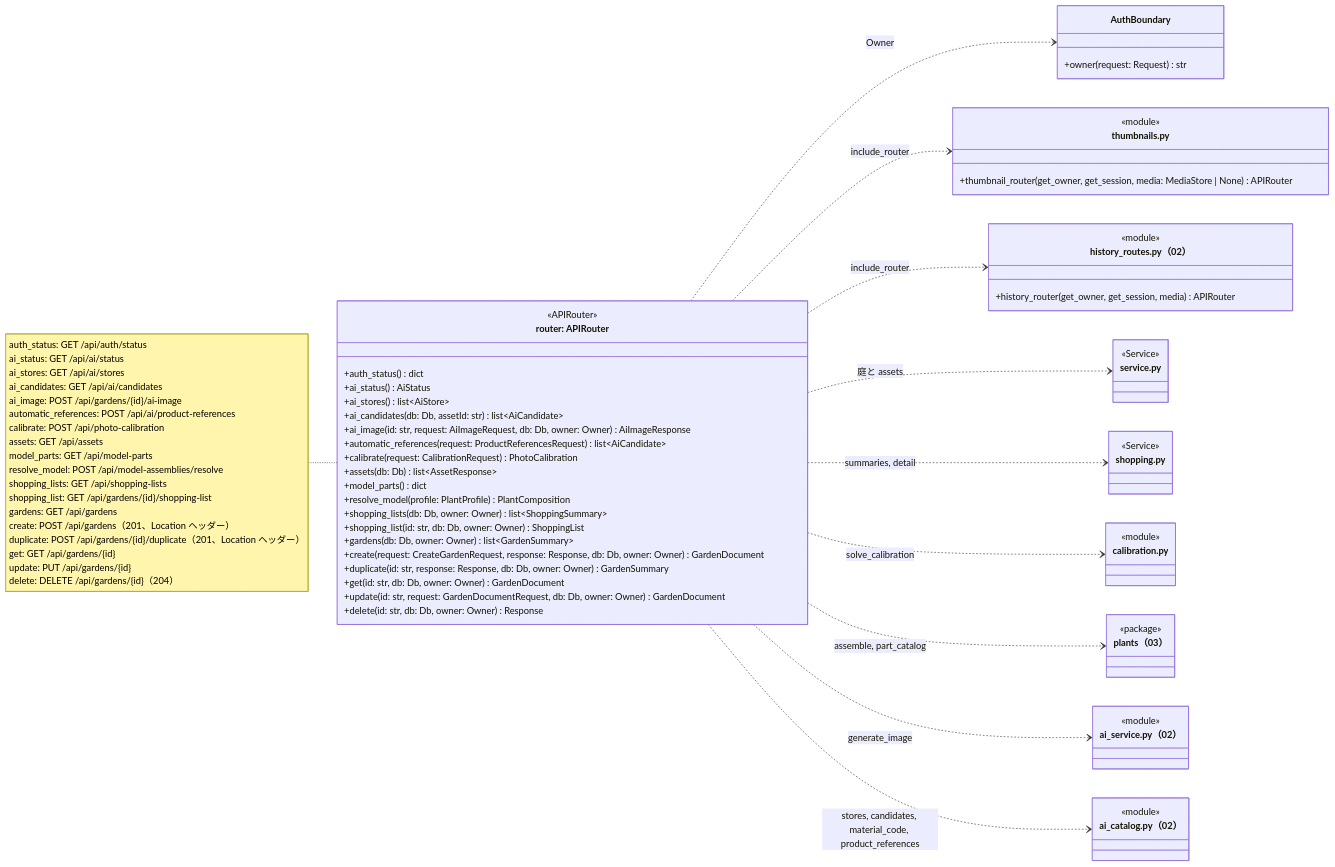
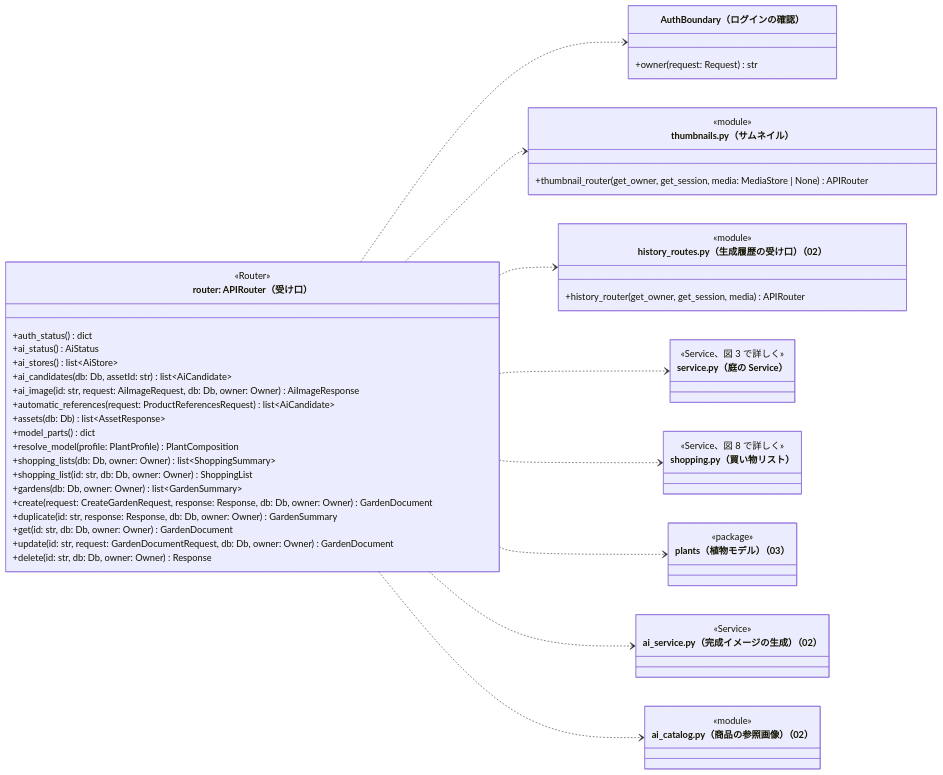
Before and after one commit to abeouga/kusakari-document: the second of 11 diagrams in クラス図/kusakari-canvas/01_APIとデータの層.md, drawn with Mermaid. The commit also changed other lines of this file and 40 other files, not shown here.

Commit message:
Canvas のクラス図に全体図を足し、詳細図をデータとモジュールの図に分けて書き直す

````diff
--- a/クラス図/kusakari-canvas/01_APIとデータの層.md
+++ b/クラス図/kusakari-canvas/01_APIとデータの層.md
@@ -218,65 +181,59 @@
 ```mermaid
 classDiagram
     direction LR
-    class router["router: APIRouter"] {
-        <<APIRouter>>
+    class router["router: APIRouter（受け口）"] {
+        <<Router>>
         +auth_status() dict
         +ai_status() AiStatus
         +ai_stores() list~AiStore~
         +ai_candidates(db: Db, assetId: str) list~AiCandidate~
         +ai_image(id: str, request: AiImageRequest, db: Db, owner: Owner) AiImageResponse
         +automatic_references(request: ProductReferencesRequest) list~AiCandidate~
-        +calibrate(request: CalibrationRequest) PhotoCalibration
         +assets(db: Db) list~AssetResponse~
         +model_parts() dict
         +resolve_model(profile: PlantProfile) PlantComposition
         +shopping_lists(db: Db, owner: Owner) list~ShoppingSummary~
         +shopping_list(id: str, db: Db, owner: Owner) ShoppingList
         +gardens(db: Db, owner: Owner) list~GardenSummary~
         +create(request: CreateGardenRequest, response: Response, db: Db, owner: Owner) GardenDocument
         +duplicate(id: str, response: Response, db: Db, owner: Owner) GardenSummary
         +get(id: str, db: Db, owner: Owner) GardenDocument
         +update(id: str, request: GardenDocumentRequest, db: Db, owner: Owner) GardenDocument
         +delete(id: str, db: Db, owner: Owner) Response
     }
-    note for router "auth_status: GET /api/auth/status<br/>ai_status: GET /api/ai/status<br/>ai_stores: GET /api/ai/stores<br/>ai_candidates: GET /api/ai/candidates<br/>ai_image: POST /api/gardens/{id}/ai-image<br/>automatic_references: POST /api/ai/product-references<br/>calibrate: POST /api/photo-calibration<br/>assets: GET /api/assets<br/>model_parts: GET /api/model-parts<br/>resolve_model: POST /api/model-assemblies/resolve<br/>shopping_lists: GET /api/shopping-lists<br/>shopping_list: GET /api/gardens/{id}/shopping-list<br/>gardens: GET /api/gardens<br/>create: POST /api/gardens（201、Location ヘッダー）<br/>duplicate: POST /api/gardens/{id}/duplicate（201、Location ヘッダー）<br/>get: GET /api/gardens/{id}<br/>update: PUT /api/gardens/{id}<br/>delete: DELETE /api/gardens/{id}（204）"
-    class AuthBoundary {
+    class AuthBoundary["AuthBoundary（ログインの確認）"] {
         +owner(request: Request) str
     }
-    class service_py["service.py"] {
-        <<Service>>
+    class service_py["service.py（庭の Service）"] {
+        <<Service、図 3 で詳しく>>
     }
-    class shopping_py["shopping.py"] {
-        <<Service>>
+    class shopping_py["shopping.py（買い物リスト）"] {
+        <<Service、図 8 で詳しく>>
     }
-    class calibration_py["calibration.py"] {
-        <<module>>
-    }
-    class thumbnails_py["thumbnails.py"] {
+    class thumbnails_py["thumbnails.py（サムネイル）"] {
         <<module>>
         +thumbnail_router(get_owner, get_session, media: MediaStore | None) APIRouter
     }
-    class history_routes_py["history_routes.py（02）"] {
+    class history_routes_py["history_routes.py（生成履歴の受け口）（02）"] {
         <<module>>
         +history_router(get_owner, get_session, media) APIRouter
     }
-    class ai_service_py["ai_service.py（02）"] {
+    class ai_service_py["ai_service.py（完成イメージの生成）（02）"] {
+        <<Service>>
+    }
+    class ai_catalog_py["ai_catalog.py（商品の参照画像）（02）"] {
         <<module>>
     }
-    class ai_catalog_py["ai_catalog.py（02）"] {
-        <<module>>
-    }
-    class plants_pkg["plants（03）"] {
+    class plants_pkg["plants（植物モデル）（03）"] {
         <<package>>
     }
 
-    router ..> AuthBoundary : Owner
-    router ..> thumbnails_py : include_router
-    router ..> history_routes_py : include_router
-    router ..> service_py : 庭と assets
-    router ..> shopping_py : summaries, detail
-    router ..> calibration_py : solve_calibration
-    router ..> plants_pkg : assemble, part_catalog
-    router ..> ai_service_py : generate_image
-    router ..> ai_catalog_py : stores, candidates, material_code, product_references
+    router ..> AuthBoundary
+    router ..> thumbnails_py
+    router ..> history_routes_py
+    router ..> service_py
+    router ..> shopping_py
+    router ..> plants_pkg
+    router ..> ai_service_py
+    router ..> ai_catalog_py
 ```
````
